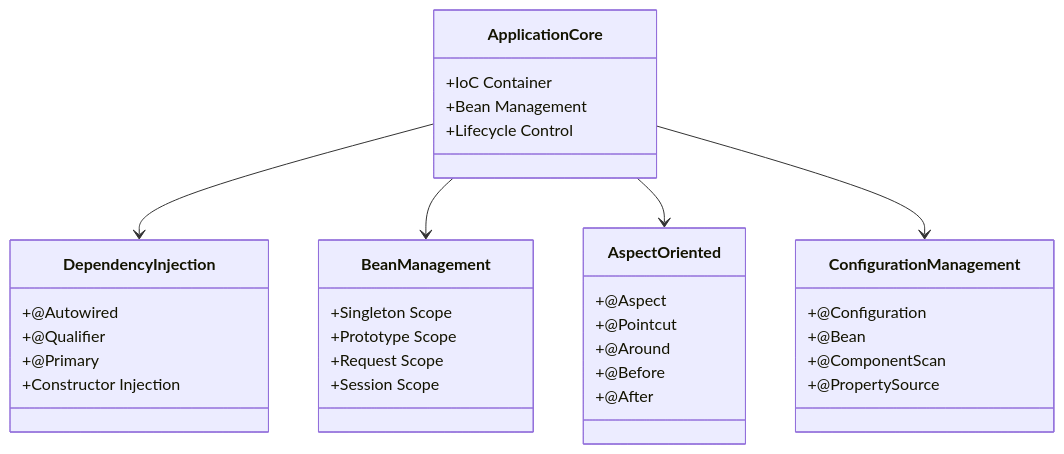
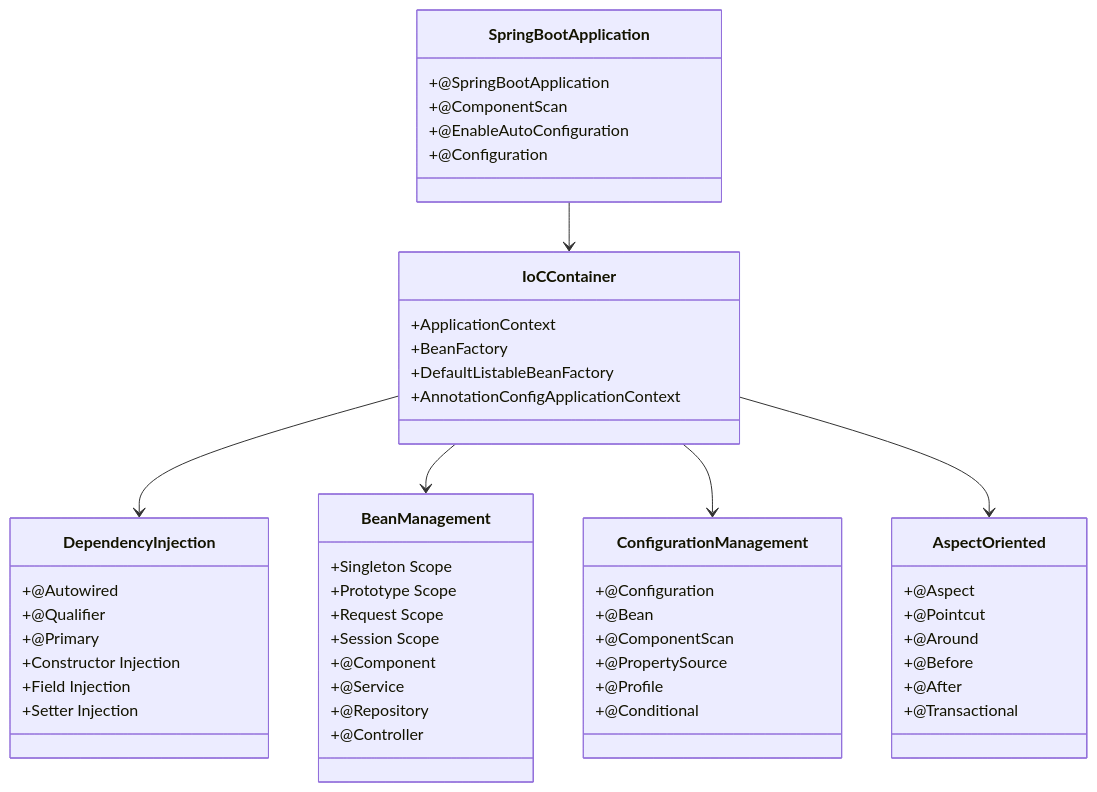
One commit to Vinskao/ty-multiverse-backend changed the second of 13 diagrams in README.md. Above: the diagram before and after it, drawn with Mermaid. The commit also changed other lines of this file and 7 other files, not shown here.

````diff
--- a/README.md
+++ b/README.md
@@ -52,42 +52,60 @@
 ```mermaid
 classDiagram
-    class ApplicationCore {
-        +IoC Container
-        +Bean Management
-        +Lifecycle Control
+    class SpringBootApplication {
+        +@SpringBootApplication
+        +@ComponentScan
+        +@EnableAutoConfiguration
+        +@Configuration
+    }
+    
+    class IoCContainer {
+        +ApplicationContext
+        +BeanFactory
+        +DefaultListableBeanFactory
+        +AnnotationConfigApplicationContext
     }
     
     class DependencyInjection {
         +@Autowired
         +@Qualifier
         +@Primary
         +Constructor Injection
+        +Field Injection
+        +Setter Injection
     }
     
     class BeanManagement {
         +Singleton Scope
         +Prototype Scope
         +Request Scope
         +Session Scope
+        +@Component
+        +@Service
+        +@Repository
+        +@Controller
+    }
+    
+    class ConfigurationManagement {
+        +@Configuration
+        +@Bean
+        +@ComponentScan
+        +@PropertySource
+        +@Profile
+        +@Conditional
     }
     
     class AspectOriented {
         +@Aspect
         +@Pointcut
         +@Around
         +@Before
         +@After
+        +@Transactional
     }
     
-    class ConfigurationManagement {
-        +@Configuration
-        +@Bean
-        +@ComponentScan
-        +@PropertySource
-    }
-    
-    ApplicationCore --> DependencyInjection
-    ApplicationCore --> BeanManagement
-    ApplicationCore --> AspectOriented
-    ApplicationCore --> ConfigurationManagement
+    SpringBootApplication --> IoCContainer
+    IoCContainer --> DependencyInjection
+    IoCContainer --> BeanManagement
+    IoCContainer --> ConfigurationManagement
+    IoCContainer --> AspectOriented
 ```
````
